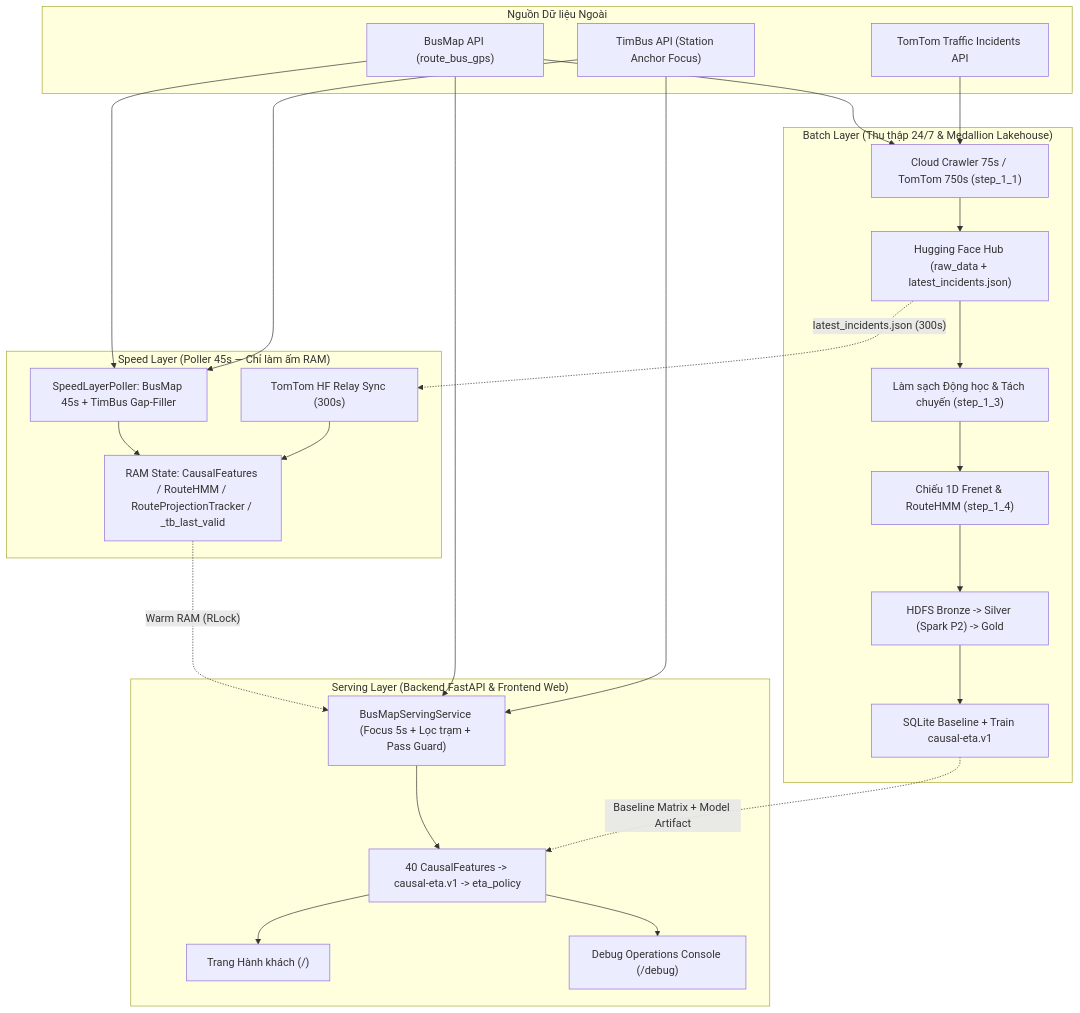
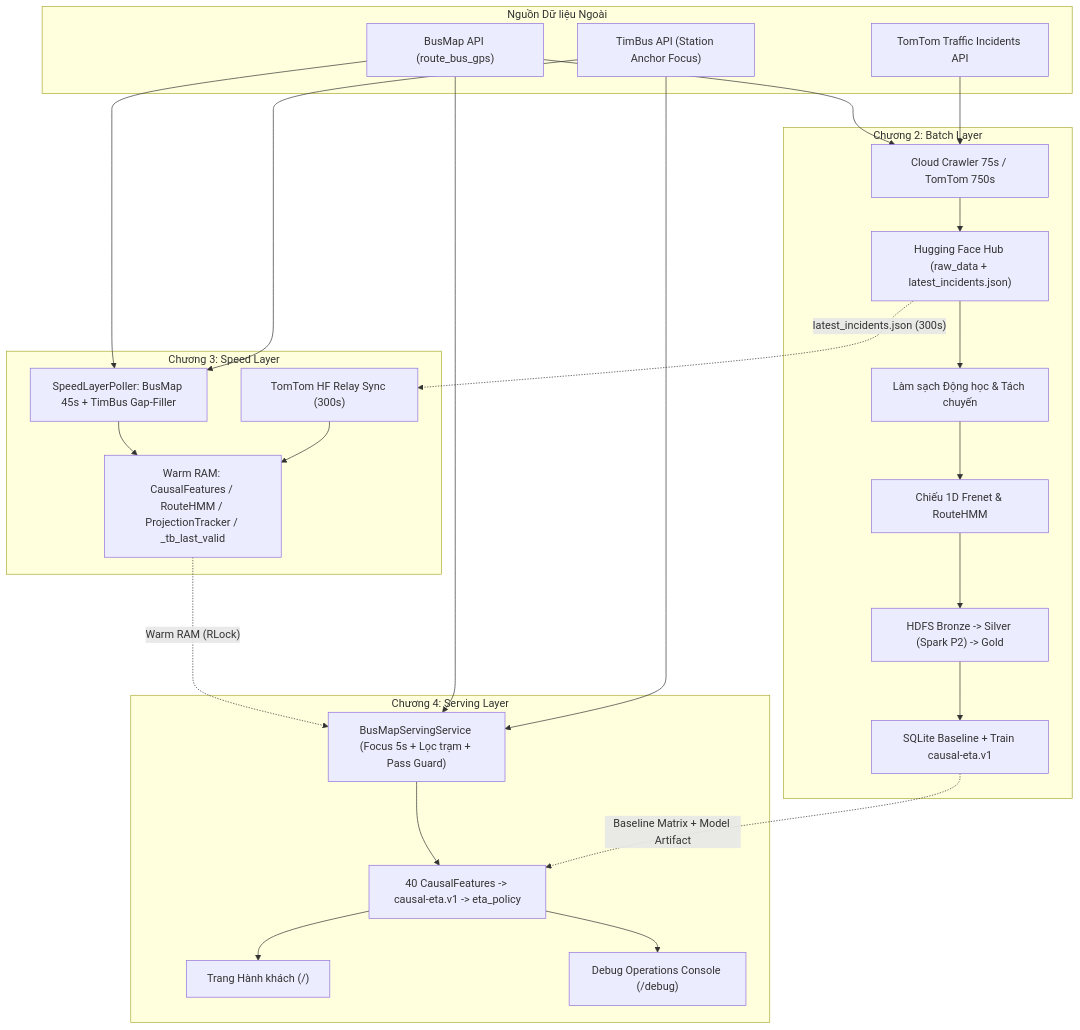
Before and after one commit to toibinguz/Bus_tracking: the first of 4 diagrams in report/report_full.md, drawn with Mermaid. The commit also changed other lines of this file and 1 other file, not shown here.

````diff
--- a/report/report_full.md
+++ b/report/report_full.md
@@ -31,45 +42,45 @@
 ```mermaid
 flowchart TB
     subgraph SRC["Nguồn Dữ liệu Ngoài"]
         BM["BusMap API (route_bus_gps)"]
         TB["TimBus API (Station Anchor Focus)"]
         TT["TomTom Traffic Incidents API"]
     end
 
-    subgraph BATCH["Batch Layer (Thu thập 24/7 & Medallion Lakehouse)"]
-        CR["Cloud Crawler 75s / TomTom 750s (step_1_1)"]
+    subgraph BATCH["Chương 2: Batch Layer"]
+        CR["Cloud Crawler 75s / TomTom 750s"]
         HF["Hugging Face Hub (raw_data + latest_incidents.json)"]
-        P1["Làm sạch Động học & Tách chuyến (step_1_3)"]
-        HMM_B["Chiếu 1D Frenet & RouteHMM (step_1_4)"]
+        P1["Làm sạch Động học & Tách chuyến"]
+        HMM_B["Chiếu 1D Frenet & RouteHMM"]
         HDFS["HDFS Bronze -> Silver (Spark P2) -> Gold"]
         SQL["SQLite Baseline + Train causal-eta.v1"]
         CR --> HF --> P1 --> HMM_B --> HDFS --> SQL
     end
 
-    subgraph SPEED["Speed Layer (Poller 45s — Chỉ làm ấm RAM)"]
+    subgraph SPEED["Chương 3: Speed Layer"]
         SP["SpeedLayerPoller: BusMap 45s + TimBus Gap-Filler"]
         TR["TomTom HF Relay Sync (300s)"]
-        RAM["RAM State: CausalFeatures / RouteHMM / RouteProjectionTracker / _tb_last_valid"]
+        RAM["Warm RAM: CausalFeatures / RouteHMM / ProjectionTracker / _tb_last_valid"]
         SP --> RAM
         TR --> RAM
     end
 
-    subgraph SERVE["Serving Layer (Backend FastAPI & Frontend Web)"]
+    subgraph SERVE["Chương 4: Serving Layer"]
         API["BusMapServingService (Focus 5s + Lọc trạm + Pass Guard)"]
         INF["40 CausalFeatures -> causal-eta.v1 -> eta_policy"]
         UI_P["Trang Hành khách (/)"]
         UI_D["Debug Operations Console (/debug)"]
         API --> INF --> UI_P
         INF --> UI_D
     end
 
     BM --> CR
     TT --> CR
     BM --> SP
     TB --> SP
     HF -. "latest_incidents.json (300s)" .-> TR
     SQL -. "Baseline Matrix + Model Artifact" .-> INF
     RAM -. "Warm RAM (RLock)" .-> API
     BM --> API
     TB --> API
 ```
````
